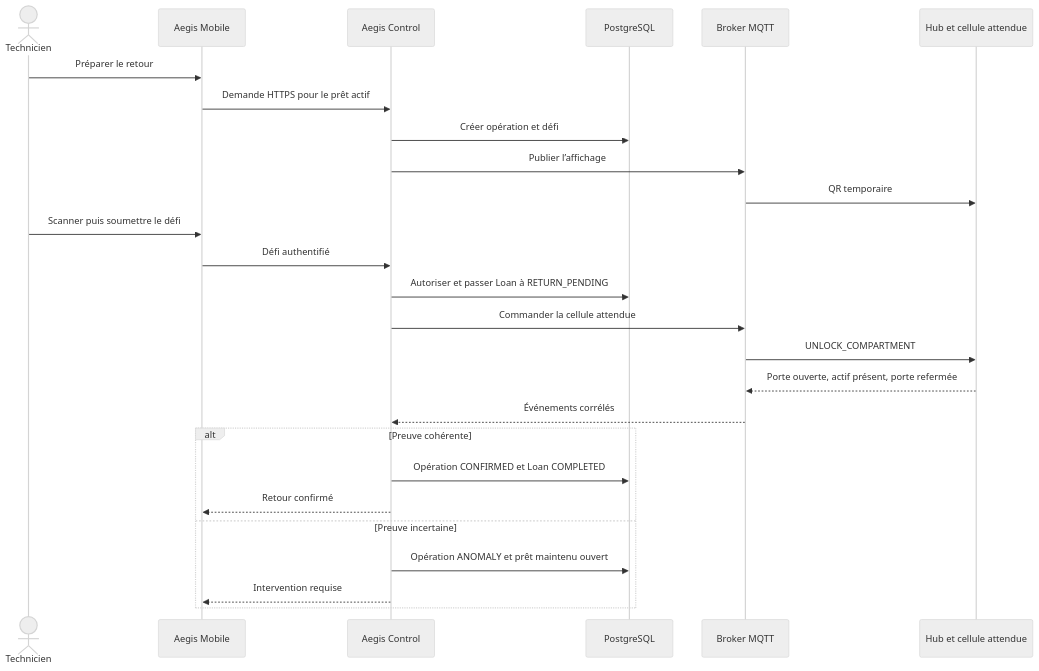
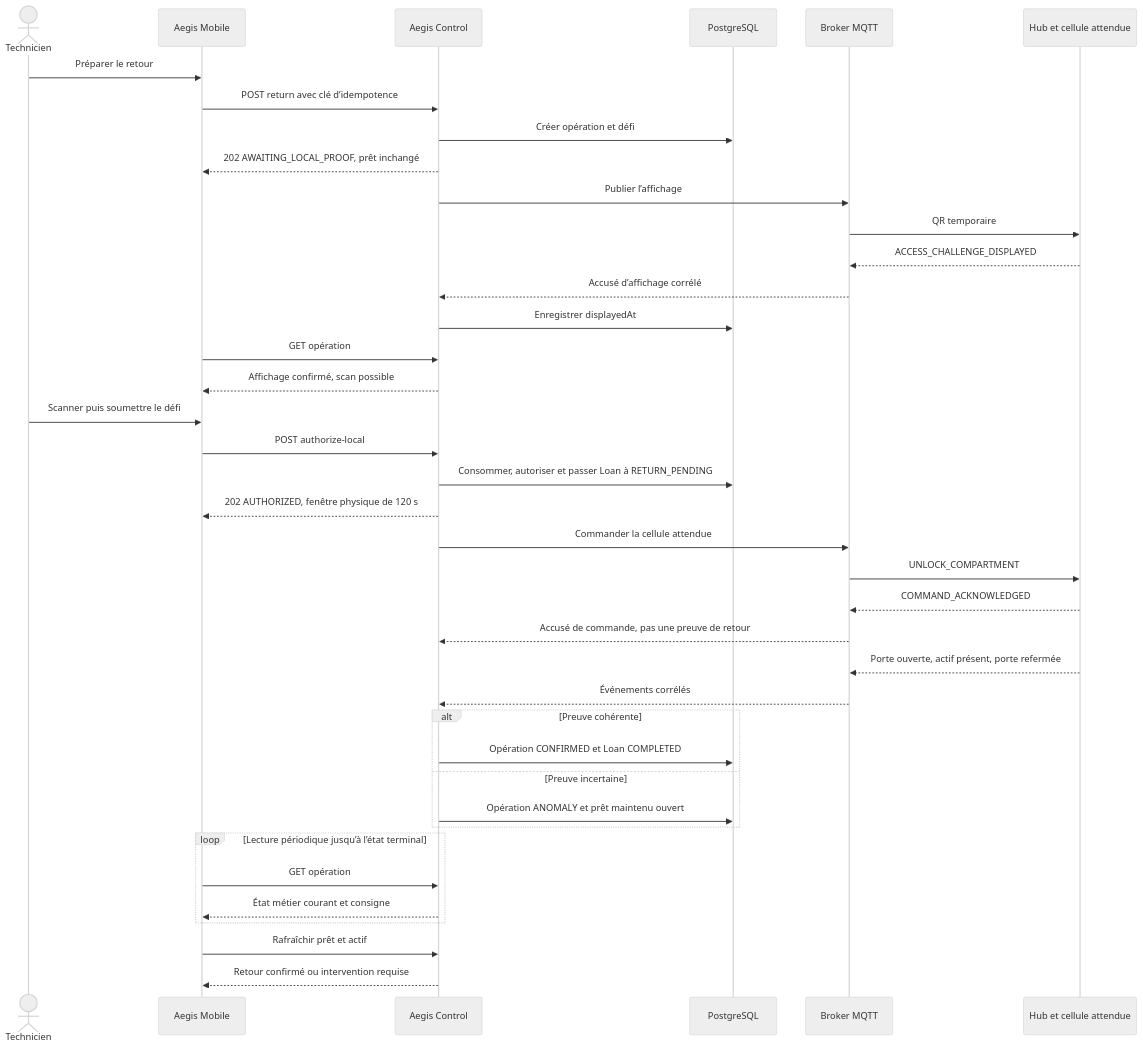
Before and after one commit to PhilJordan18/aegis: the eighth of 8 diagrams in docs/cahier-conception/15-cahier-de-conception.md, drawn with Mermaid (neutral theme). The commit also changed other lines of this file and 84 other files, not shown here.

````diff
--- a/docs/cahier-conception/15-cahier-de-conception.md
+++ b/docs/cahier-conception/15-cahier-de-conception.md
@@ -581,29 +645,42 @@
 ```mermaid
 sequenceDiagram
     actor T as Technicien
     participant M as Aegis Mobile
     participant A as Aegis Control
     participant D as PostgreSQL
     participant B as Broker MQTT
     participant H as Hub et cellule attendue
 
     T->>M: Préparer le retour
-    M->>A: Demande HTTPS pour le prêt actif
+    M->>A: POST return avec clé d’idempotence
     A->>D: Créer opération et défi
+    A-->>M: 202 AWAITING_LOCAL_PROOF, prêt inchangé
     A->>B: Publier l’affichage
     B->>H: QR temporaire
+    H-->>B: ACCESS_CHALLENGE_DISPLAYED
+    B-->>A: Accusé d’affichage corrélé
+    A->>D: Enregistrer displayedAt
+    M->>A: GET opération
+    A-->>M: Affichage confirmé, scan possible
     T->>M: Scanner puis soumettre le défi
-    M->>A: Défi authentifié
-    A->>D: Autoriser et passer Loan à RETURN_PENDING
+    M->>A: POST authorize-local
+    A->>D: Consommer, autoriser et passer Loan à RETURN_PENDING
+    A-->>M: 202 AUTHORIZED, fenêtre physique de 120 s
     A->>B: Commander la cellule attendue
     B->>H: UNLOCK_COMPARTMENT
+    H-->>B: COMMAND_ACKNOWLEDGED
+    B-->>A: Accusé de commande, pas une preuve de retour
     H-->>B: Porte ouverte, actif présent, porte refermée
     B-->>A: Événements corrélés
     alt Preuve cohérente
         A->>D: Opération CONFIRMED et Loan COMPLETED
-        A-->>M: Retour confirmé
     else Preuve incertaine
         A->>D: Opération ANOMALY et prêt maintenu ouvert
-        A-->>M: Intervention requise
     end
+    loop Lecture périodique jusqu’à l’état terminal
+        M->>A: GET opération
+        A-->>M: État métier courant et consigne
+    end
+    M->>A: Rafraîchir prêt et actif
+    A-->>M: Retour confirmé ou intervention requise
 ```
````
